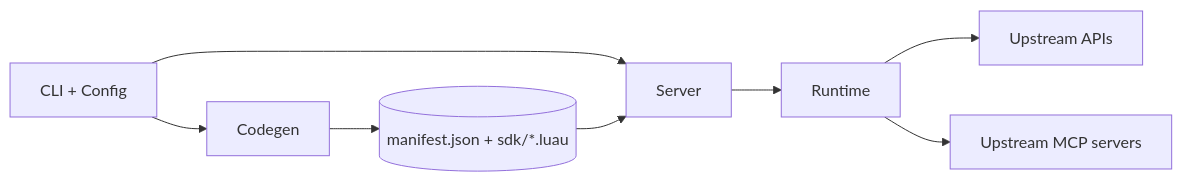
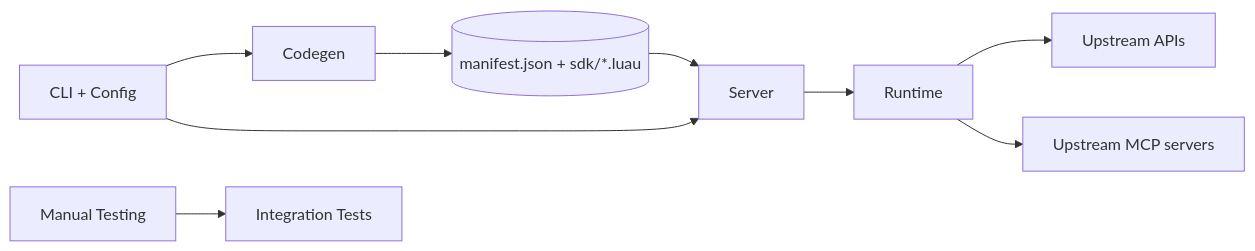
The first of 3 diagrams in codemap.md (alennartz/toolscript), drawn with Mermaid before and after one commit. The commit also changed other lines of this file, not shown here.

````diff
--- a/codemap.md
+++ b/codemap.md
@@ -7,10 +7,11 @@
 ```mermaid
 graph LR
   CLI[CLI + Config] --> Codegen[Codegen]
   CLI --> Server[Server]
   Codegen --> Manifest[(manifest.json + sdk/*.luau)]
   Manifest --> Server
   Server --> Runtime[Runtime]
   Runtime --> HTTP[Upstream APIs]
   Runtime --> MCPUp[Upstream MCP servers]
+  Manual[Manual Testing] --> IT[Integration Tests]
 ```
````
